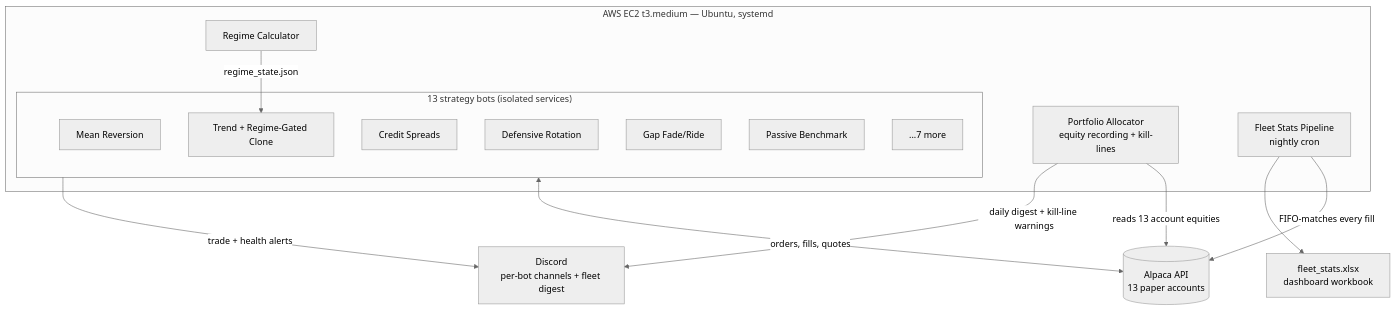
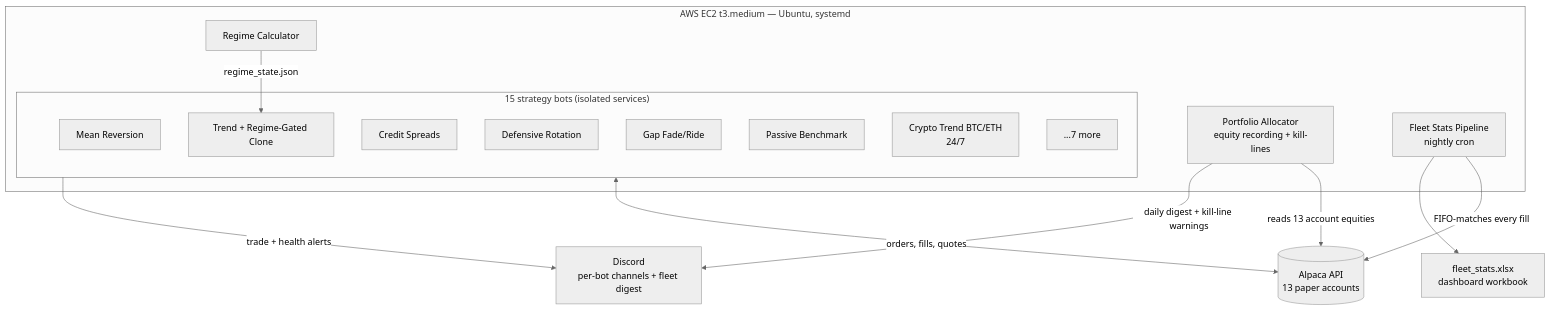
Before and after one commit to Davin-Willis/trading-fleet-infrastructure: the diagram in README.md, drawn with Mermaid (neutral theme). The commit also changed other lines of this file and 6 other files, not shown here.

Commit message:
Add crypto trend bot, backtest suite with results writeup, update fleet to 15

````diff
--- a/README.md
+++ b/README.md
@@ -10,28 +11,29 @@
 ```mermaid
 flowchart TD
     subgraph EC2["AWS EC2 t3.medium — Ubuntu, systemd"]
-        subgraph BOTS["13 strategy bots (isolated services)"]
+        subgraph BOTS["15 strategy bots (isolated services)"]
             MR[Mean Reversion]
             TR[Trend + Regime-Gated Clone]
             CR[Credit Spreads]
             DF[Defensive Rotation]
             GP[Gap Fade/Ride]
             BM[Passive Benchmark]
+            CT[Crypto Trend BTC/ETH<br/>24/7]
             MORE[...7 more]
         end
         RC[Regime Calculator] -->|regime_state.json| TR
         AL[Portfolio Allocator<br/>equity recording + kill-lines]
         FS[Fleet Stats Pipeline<br/>nightly cron]
     end
 
     ALPACA[(Alpaca API<br/>13 paper accounts)]
     DISCORD[Discord<br/>per-bot channels + fleet digest]
     XLSX[fleet_stats.xlsx<br/>dashboard workbook]
 
     BOTS <-->|orders, fills, quotes| ALPACA
     AL -->|reads 13 account equities| ALPACA
     FS -->|FIFO-matches every fill| ALPACA
     BOTS -->|trade + health alerts| DISCORD
     AL -->|daily digest + kill-line warnings| DISCORD
     FS --> XLSX
 ```
````
